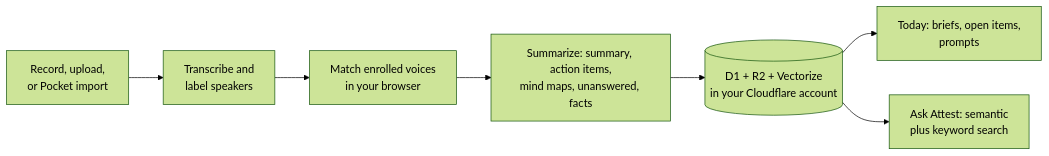
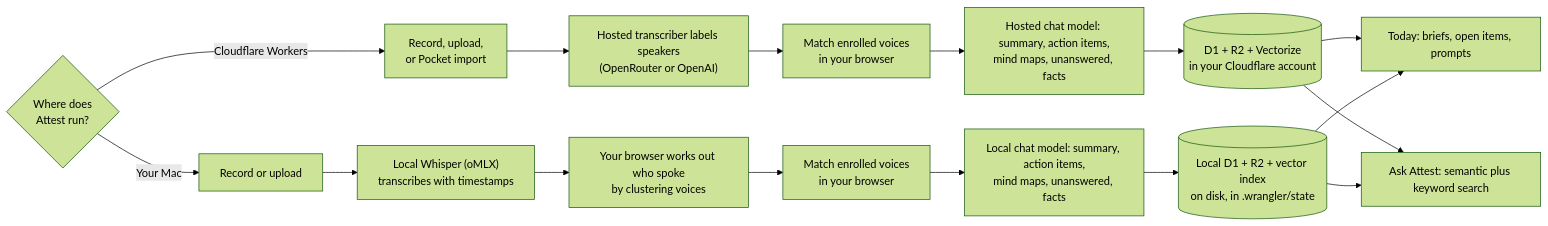
One commit to jkhall316/Attest changed the diagram in README.md. Above: the diagram before and after it, drawn with Mermaid (forest theme). The commit also changed other lines of this file, not shown here.

Commit message:
README: How it works starts with Cloudflare vs Mac, then follows each route

````diff
--- a/README.md
+++ b/README.md
@@ -59,9 +59,22 @@
 ```mermaid
 flowchart LR
-  A["Record, upload,<br/>or Pocket import"] --> B["Transcribe and<br/>label speakers"]
-  B --> C["Match enrolled voices<br/>in your browser"]
-  C --> D["Summarize: summary, action items,<br/>mind maps, unanswered, facts"]
-  D --> E[("D1 + R2 + Vectorize<br/>in your Cloudflare account")]
-  E --> F["Today: briefs, open items,<br/>prompts"]
-  E --> G["Ask Attest: semantic<br/>plus keyword search"]
+  S{"Where does<br/>Attest run?"}
+
+  S -->|"Cloudflare Workers"| C1["Record, upload,<br/>or Pocket import"]
+  C1 --> C2["Hosted transcriber labels speakers<br/>(OpenRouter or OpenAI)"]
+  C2 --> M["Match enrolled voices<br/>in your browser"]
+  M --> C3["Hosted chat model: summary, action items,<br/>mind maps, unanswered, facts"]
+  C3 --> C4[("D1 + R2 + Vectorize<br/>in your Cloudflare account")]
+
+  S -->|"Your Mac"| L1["Record or upload"]
+  L1 --> L2["Local Whisper (oMLX)<br/>transcribes with timestamps"]
+  L2 --> L3["Your browser works out who spoke<br/>by clustering voices"]
+  L3 --> M2["Match enrolled voices<br/>in your browser"]
+  M2 --> L4["Local chat model: summary, action items,<br/>mind maps, unanswered, facts"]
+  L4 --> L5[("Local D1 + R2 + vector index<br/>on disk, in .wrangler/state")]
+
+  C4 --> F["Today: briefs, open items, prompts"]
+  C4 --> G["Ask Attest: semantic plus keyword search"]
+  L5 --> F
+  L5 --> G
 ```
````
